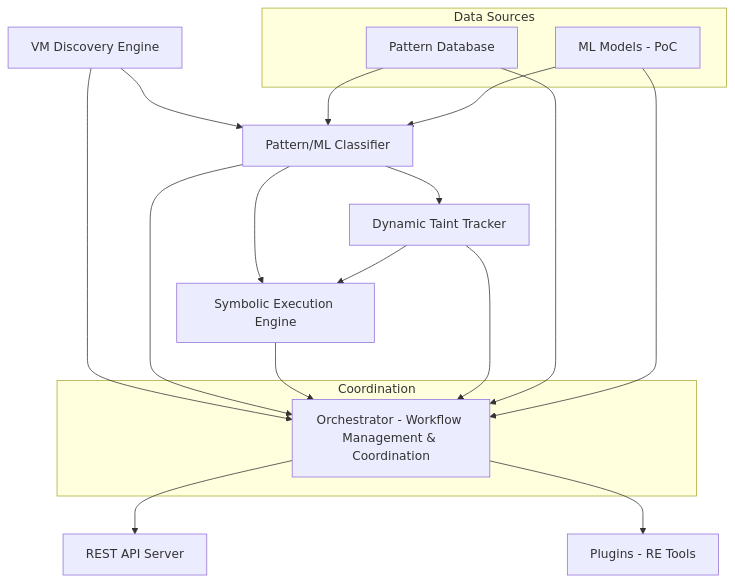
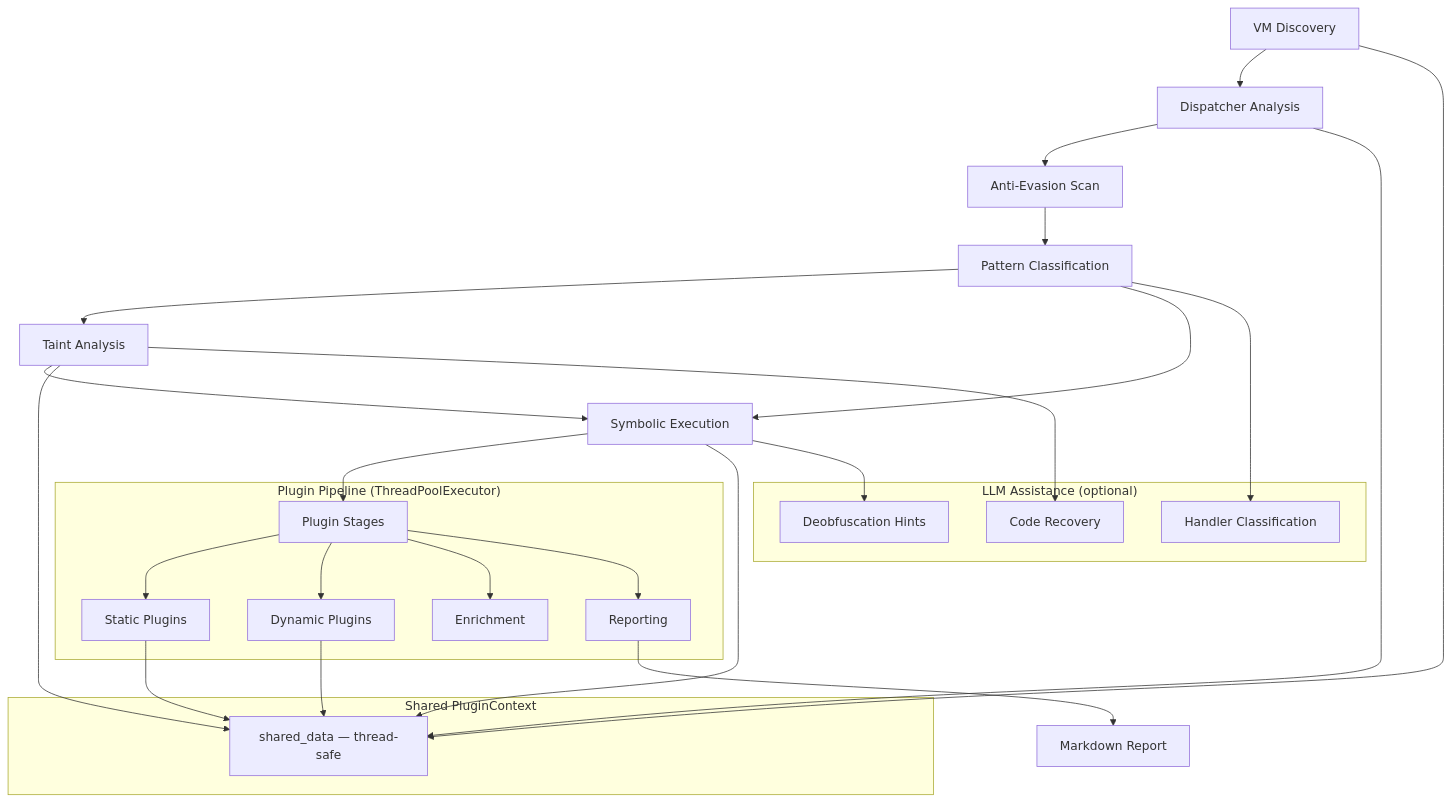
One commit to poppopjmp/VMDragonSlayer changed the diagram in README.md. Above: the diagram before and after it, drawn with Mermaid. The commit also changed other lines of this file and 1 other file, not shown here.

````diff
--- a/README.md
+++ b/README.md
@@ -38,27 +39,39 @@
 ```mermaid
 graph TD
-    A[VM Discovery Engine] --> B[Pattern/ML Classifier]
-    B --> C[Symbolic Execution Engine]
-    B --> D[Dynamic Taint Tracker]
-    D --> C
+    A[VM Discovery] --> B[Dispatcher Analysis]
+    B --> C[Anti-Evasion Scan]
+    C --> D[Pattern Classification]
+    D --> E[Taint Analysis]
+    D --> F[Symbolic Execution]
+    E --> F
+    F --> G[Plugin Stages]
     
-    subgraph DataSources ["Data Sources"]
-        E[Pattern Database]
-        F[ML Models - PoC]
+    subgraph PluginPipeline ["Plugin Pipeline (ThreadPoolExecutor)"]
+        G --> G1[Static Plugins]
+        G --> G2[Dynamic Plugins]
+        G --> G3[Enrichment]
+        G --> G4[Reporting]
     end
     
-    subgraph Coordination
-        G[Orchestrator - Workflow Management & Coordination]
+    subgraph SharedContext ["Shared PluginContext"]
+        H[shared_data — thread-safe]
     end
     
-    E --> B
-    F --> B
-    A --> G
-    B --> G
-    C --> G
-    D --> G
-    E --> G
-    F --> G
-    G --> H[REST API Server]
-    G --> I[Plugins - RE Tools]
+    A --> H
+    B --> H
+    E --> H
+    F --> H
+    G1 --> H
+    G2 --> H
+    G4 --> I[Markdown Report]
+    
+    subgraph LLM ["LLM Assistance (optional)"]
+        J[Handler Classification]
+        K[Deobfuscation Hints]
+        L[Code Recovery]
+    end
+    
+    D --> J
+    F --> K
+    E --> L
 ```
````
